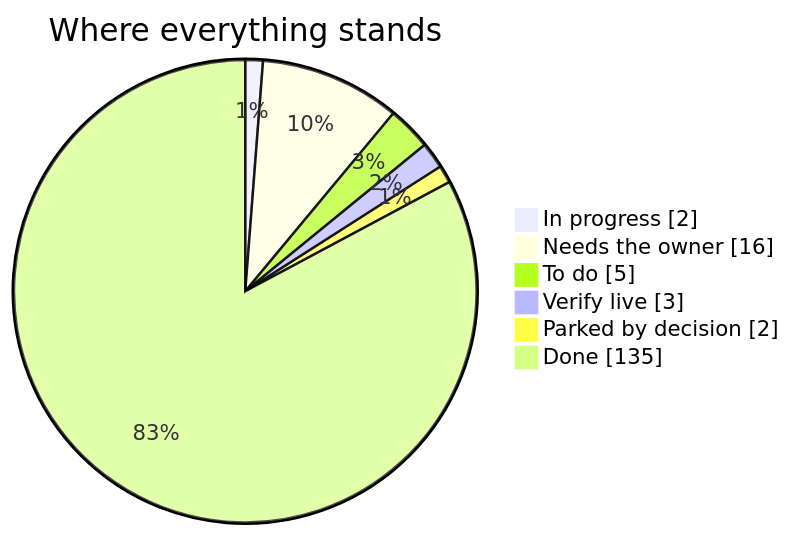
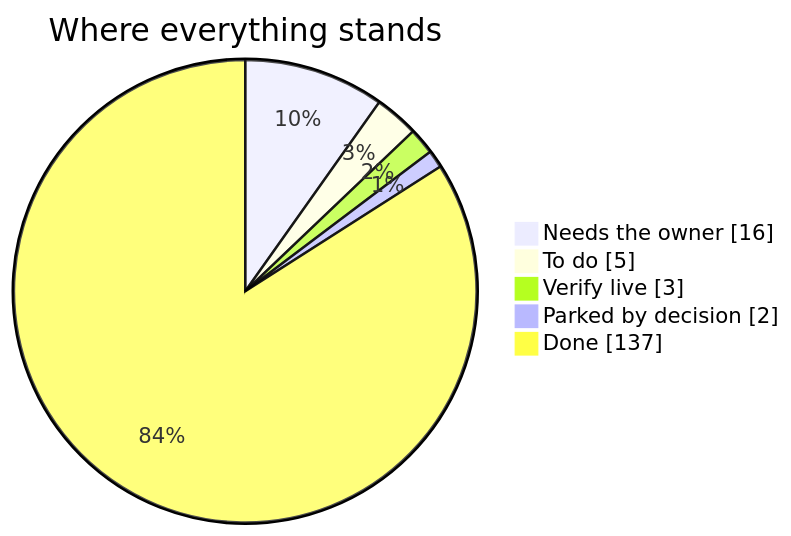
Before and after one commit to divitkej/gradlink: the diagram in launch-board/README.md, drawn with Mermaid. The commit also changed other lines of this file and 4 other files, not shown here.

````diff
--- a/launch-board/README.md
+++ b/launch-board/README.md
@@ -11,10 +11,9 @@
 ```mermaid
 pie showData
   title Where everything stands
-  "In progress" : 2
   "Needs the owner" : 16
   "To do" : 5
   "Verify live" : 3
   "Parked by decision" : 2
-  "Done" : 135
+  "Done" : 137
 ```
````
